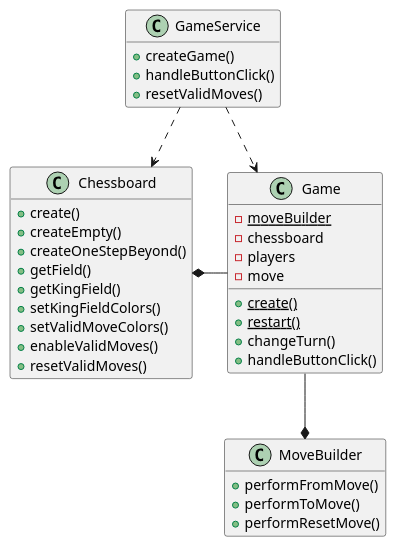
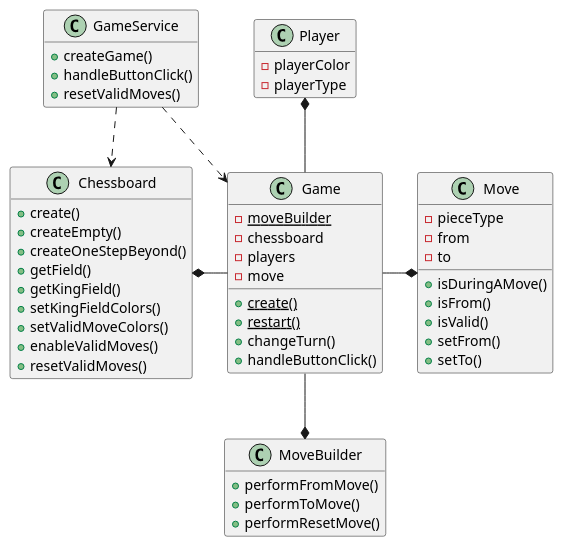
One commit to tiktaalick/chess-with-database changed the diagram in game/src/main/resources/uml/game.puml. Above: the diagram before and after it, drawn with PlantUML. The commit also changed 1 other file, not shown here.

Commit message:
Added Move to the Game class diagram.

```diff
--- a/game/src/main/resources/uml/game.puml
+++ b/game/src/main/resources/uml/game.puml
@@ -1,54 +1,72 @@
 @startuml
 
 '--------------'
 'Hidden members'
 '--------------'
 hide empty members
 
 '----'
 'Game'
 '----'
 class GameService {
     + createGame()
     + handleButtonClick()
     + resetValidMoves()
 }
 
 class Game {
     - {static} moveBuilder
     - chessboard
     - players
     - move
     + {static} create()
     + {static} restart()
     + changeTurn()
     + handleButtonClick()
 }
 
 class Chessboard {
     + create()
     + createEmpty()
     + createOneStepBeyond()
     + getField()
     + getKingField()
     + setKingFieldColors()
     + setValidMoveColors()
     + enableValidMoves()
     + resetValidMoves()
 }
 
+class Move {
+    - pieceType
+    - from
+    - to
+    + isDuringAMove()
+    + isFrom()
+    + isValid()
+    + setFrom()
+    + setTo()
+}
+
 class MoveBuilder {
     + performFromMove()
     + performToMove()
     + performResetMove()
+}
+
+class Player {
+    - playerColor
+    - playerType
 }
 
 '---------'
 'Relations'
 '---------'
 GameService ..> Game
 GameService ..> Chessboard
 Game -left-* Chessboard
 Game -down-* MoveBuilder
+Game -right-* Move
+Game -up-* Player
 
 @enduml
```
